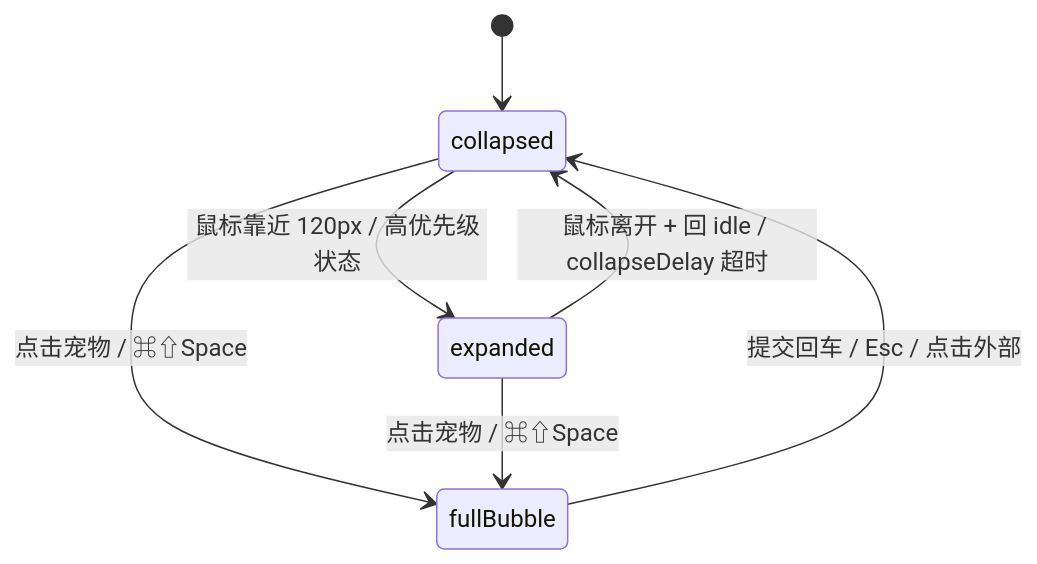
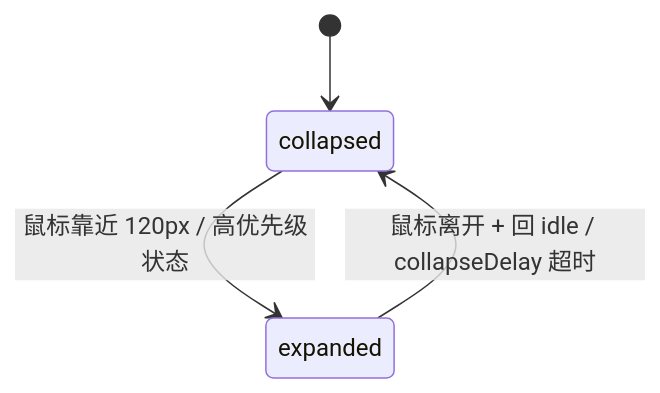
The first of 3 diagrams in devDocs/features.md (BinaryFroggy/Hopet), drawn with Mermaid before and after one commit. The commit also changed other lines of this file and 8 other files, not shown here.

````diff
--- a/devDocs/features.md
+++ b/devDocs/features.md
@@ -93,9 +94,6 @@
 ```mermaid
 stateDiagram-v2
     [*] --> collapsed
     collapsed --> expanded: 鼠标靠近 120px / 高优先级状态
     expanded --> collapsed: 鼠标离开 + 回 idle / collapseDelay 超时
-    collapsed --> fullBubble: 点击宠物 / ⌘⇧Space
-    expanded --> fullBubble: 点击宠物 / ⌘⇧Space
-    fullBubble --> collapsed: 提交回车 / Esc / 点击外部
 ```
````
